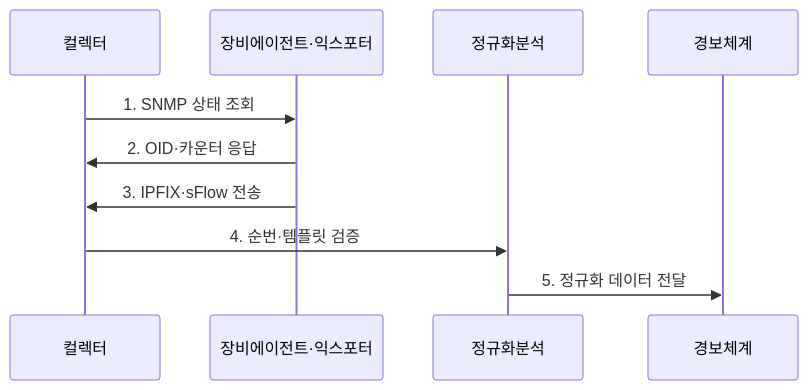
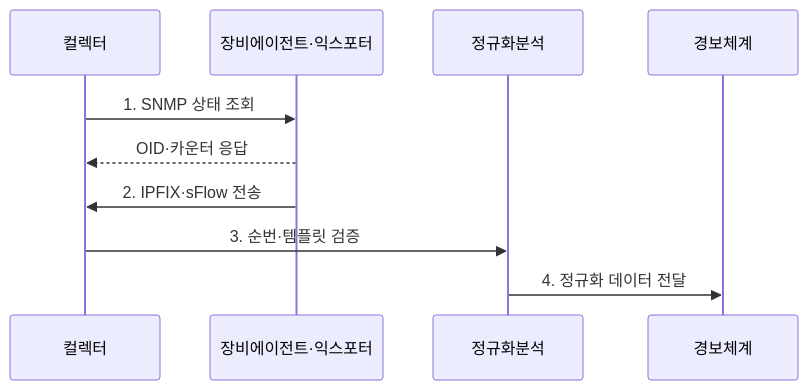
Before and after one commit to agnusdei1207/knowledge-base: the second of 2 diagrams in src/content/docs/notes/04-network/074_network_monitoring_snmp_netflow.md, drawn with Mermaid. The commit also changed other lines of this file and 6 other files, not shown here.

````diff
--- a/src/content/docs/notes/04-network/074_network_monitoring_snmp_netflow.md
+++ b/src/content/docs/notes/04-network/074_network_monitoring_snmp_netflow.md
@@ -85,12 +85,12 @@
 ```mermaid
 sequenceDiagram
     participant 컬렉터
     participant 장비에이전트·익스포터
     participant 정규화분석
     participant 경보체계
     컬렉터->>장비에이전트·익스포터: 1. SNMP 상태 조회
-    장비에이전트·익스포터->>컬렉터: 2. OID·카운터 응답
-    장비에이전트·익스포터->>컬렉터: 3. IPFIX·sFlow 전송
-    컬렉터->>정규화분석: 4. 순번·템플릿 검증
-    정규화분석->>경보체계: 5. 정규화 데이터 전달
+    장비에이전트·익스포터-->>컬렉터: OID·카운터 응답
+    장비에이전트·익스포터->>컬렉터: 2. IPFIX·sFlow 전송
+    컬렉터->>정규화분석: 3. 순번·템플릿 검증
+    정규화분석->>경보체계: 4. 정규화 데이터 전달
 ```
````
